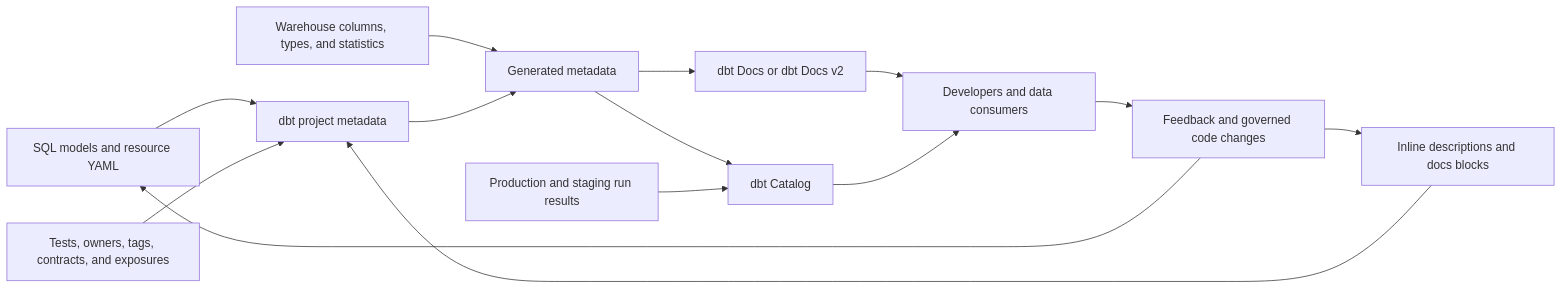
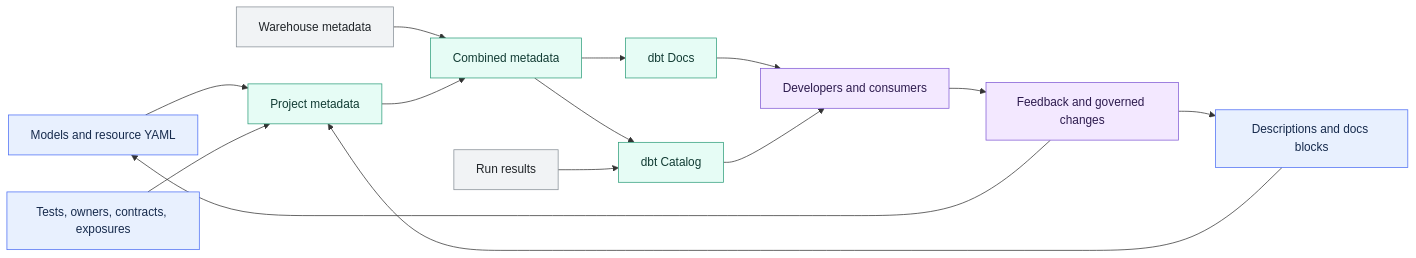
One commit to shonningsoy/Upskill changed the diagram in 02 dbt/03 Testing Documentation and Data Quality/24 Documentation Blocks and Catalog.md. Above: the diagram before and after it, drawn with Mermaid. The commit also changed other lines of this file and 31 other files, not shown here.

````diff
--- a/02 dbt/03 Testing Documentation and Data Quality/24 Documentation Blocks and Catalog.md
+++ b/02 dbt/03 Testing Documentation and Data Quality/24 Documentation Blocks and Catalog.md
@@ -72,16 +73,26 @@
 ```mermaid
 flowchart LR
-    A[SQL models and resource YAML] --> D[dbt project metadata]
-    B[Inline descriptions and docs blocks] --> D
-    C[Tests, owners, tags, contracts, and exposures] --> D
-    E[Warehouse columns, types, and statistics] --> F[Generated metadata]
+    A[Models and resource YAML] --> D[Project metadata]
+    B[Descriptions and docs blocks] --> D
+    C[Tests, owners, contracts, exposures] --> D
+    E[Warehouse metadata] --> F[Combined metadata]
     D --> F
-    F --> G[dbt Docs or dbt Docs v2]
+    F --> G[dbt Docs]
     F --> H[dbt Catalog]
-    I[Production and staging run results] --> H
-    G --> J[Developers and data consumers]
+    I[Run results] --> H
+    G --> J[Developers and consumers]
     H --> J
-    J --> K[Feedback and governed code changes]
+    J --> K[Feedback and governed changes]
     K --> A
     K --> B
+
+    class A,B,C input
+    class D,F,G,H dbt
+    class E,I platform
+    class J,K output
+    classDef input fill:#E8F0FE,stroke:#4C6EF5,color:#172B4D
+    classDef control fill:#FFF3BF,stroke:#D69E2E,color:#3D2E00
+    classDef dbt fill:#E6FCF5,stroke:#2F9E7B,color:#123C34
+    classDef platform fill:#F1F3F5,stroke:#868E96,color:#212529
+    classDef output fill:#F3E8FF,stroke:#805AD5,color:#2D1B4E
 ```
````
